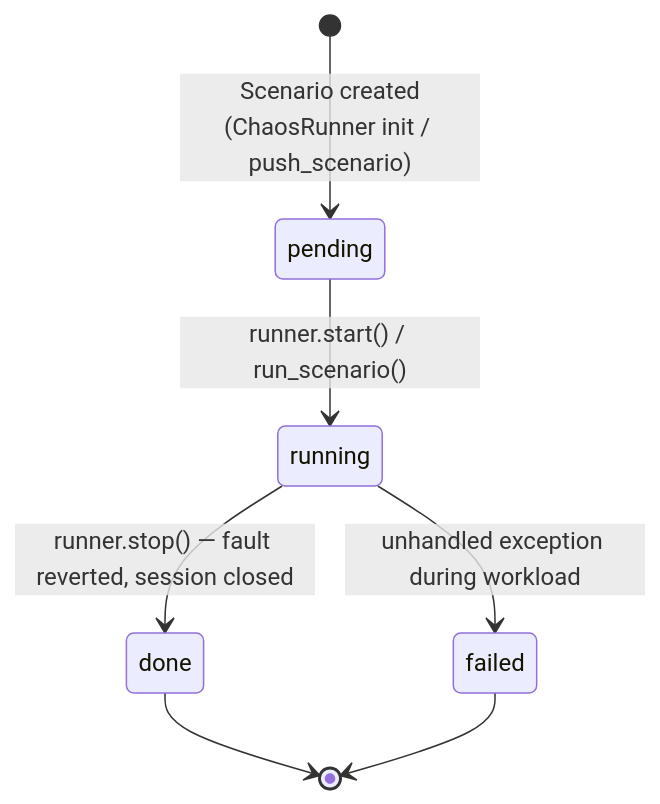
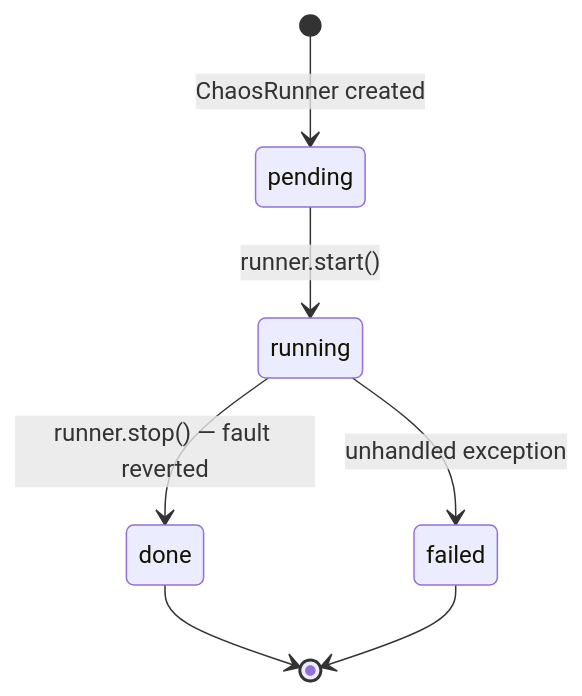
Before and after one commit to swarmourr/CJ: the second of 2 diagrams in docs/guides/registry.rst, drawn with Mermaid. The commit also changed other lines of this file and 6 other files, not shown here.

```diff
--- a/docs/guides/registry.rst
+++ b/docs/guides/registry.rst
@@ -69,9 +39,9 @@
 .. mermaid::
 
    stateDiagram-v2
-       [*] --> pending : Scenario created<br/>(ChaosRunner init / push_scenario)
-       pending --> running : runner.start() / run_scenario()
-       running --> done : runner.stop() — fault reverted, session closed
-       running --> failed : unhandled exception during workload
+       [*] --> pending : ChaosRunner created
+       pending --> running : runner.start()
+       running --> done : runner.stop() — fault reverted
+       running --> failed : unhandled exception
        done --> [*]
        failed --> [*]
```
